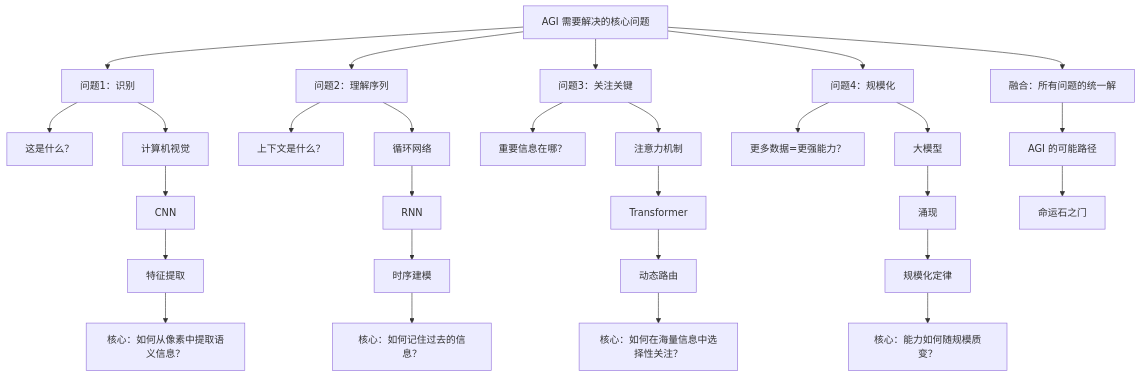
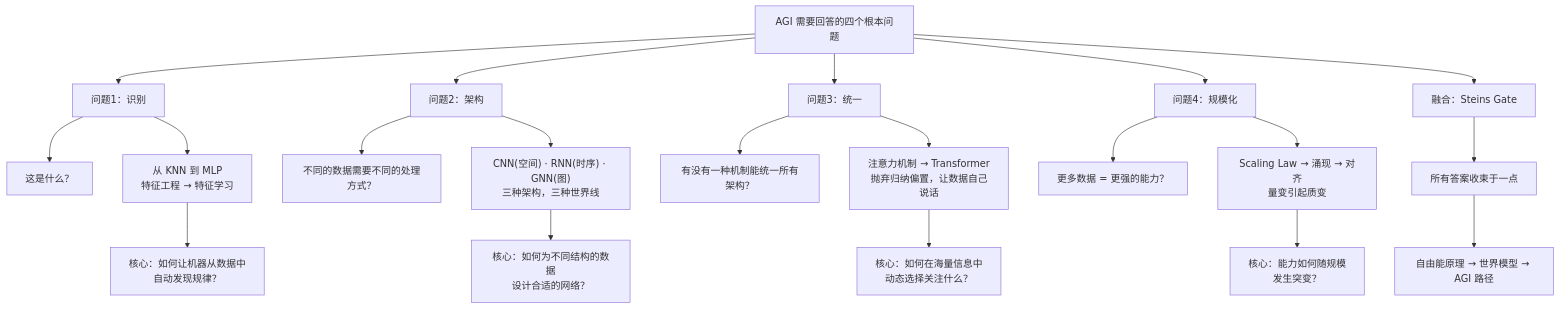
Before and after one commit to ECUSTCIC-CodeHub/Dev-Voyage: the second of 4 diagrams in docs/amadeus-gate/0.md, drawn with Mermaid. The commit also changed other lines of this file and 4 other files, not shown here.

````diff
--- a/docs/amadeus-gate/0.md
+++ b/docs/amadeus-gate/0.md
@@ -183,36 +189,28 @@
 ```mermaid
 graph TD
-    A[AGI 需要解决的核心问题]
-    
-    A --> B1[问题1：识别]
-    B1 --> C1[这是什么？]
-    B1 --> D1[计算机视觉]
-    D1 --> E1[CNN]
-    E1 --> F1[特征提取]
-    F1 --> G1[核心：如何从像素中提取语义信息？]
-    
-    A --> B2[问题2：理解序列]
-    B2 --> C2[上下文是什么？]
-    B2 --> D2[循环网络]
-    D2 --> E2[RNN]
-    E2 --> F2[时序建模]
-    F2 --> G2[核心：如何记住过去的信息？]
-    
-    A --> B3[问题3：关注关键]
-    B3 --> C3[重要信息在哪？]
-    B3 --> D3[注意力机制]
-    D3 --> E3[Transformer]
-    E3 --> F3[动态路由]
-    F3 --> G3[核心：如何在海量信息中选择性关注？]
-    
-    A --> B4[问题4：规模化]
-    B4 --> C4[更多数据=更强能力？]
-    B4 --> D4[大模型]
-    D4 --> E4[涌现]
-    E4 --> F4[规模化定律]
-    F4 --> G4[核心：能力如何随规模质变？]
-    
-    A --> B5[融合：所有问题的统一解]
-    B5 --> C5[AGI 的可能路径]
-    C5 --> D5[命运石之门]
+    A["AGI 需要回答的四个根本问题"]
+
+    A --> B1["问题1：识别"]
+    B1 --> C1["这是什么？"]
+    B1 --> D1["从 KNN 到 MLP<br/>特征工程 → 特征学习"]
+    D1 --> E1["核心：如何让机器从数据中<br/>自动发现规律？"]
+
+    A --> B2["问题2：架构"]
+    B2 --> C2["不同的数据需要不同的处理方式？"]
+    B2 --> D2["CNN(空间) · RNN(时序) · GNN(图)<br/>三种架构，三种世界线"]
+    D2 --> E2["核心：如何为不同结构的数据<br/>设计合适的网络？"]
+
+    A --> B3["问题3：统一"]
+    B3 --> C3["有没有一种机制能统一所有架构？"]
+    B3 --> D3["注意力机制 → Transformer<br/>抛弃归纳偏置，让数据自己说话"]
+    D3 --> E3["核心：如何在海量信息中<br/>动态选择关注什么？"]
+
+    A --> B4["问题4：规模化"]
+    B4 --> C4["更多数据 = 更强的能力？"]
+    B4 --> D4["Scaling Law → 涌现 → 对齐<br/>量变引起质变"]
+    D4 --> E4["核心：能力如何随规模<br/>发生突变？"]
+
+    A --> B5["融合：Steins Gate"]
+    B5 --> C5["所有答案收束于一点"]
+    C5 --> D5["自由能原理 → 世界模型 → AGI 路径"]
 ```
````
